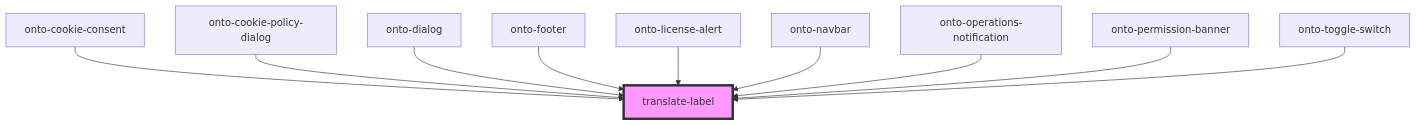
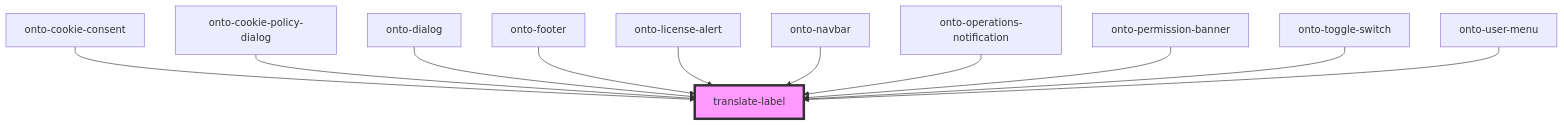
Before and after one commit to Ontotext-AD/graphdb-workbench: the diagram in packages/shared-components/src/components/translate-label/readme.md, drawn with Mermaid. The commit also changed other lines of this file and 22 other files, not shown here.

First line of the commit message:
GDB-11317 Implement user menu

````diff
--- a/packages/shared-components/src/components/translate-label/readme.md
+++ b/packages/shared-components/src/components/translate-label/readme.md
@@ -42,13 +43,14 @@
 ```mermaid
 graph TD;
   onto-cookie-consent --> translate-label
   onto-cookie-policy-dialog --> translate-label
   onto-dialog --> translate-label
   onto-footer --> translate-label
   onto-license-alert --> translate-label
   onto-navbar --> translate-label
   onto-operations-notification --> translate-label
   onto-permission-banner --> translate-label
   onto-toggle-switch --> translate-label
+  onto-user-menu --> translate-label
   style translate-label fill:#f9f,stroke:#333,stroke-width:4px
 ```
````
